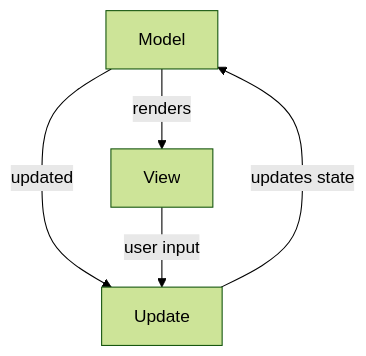
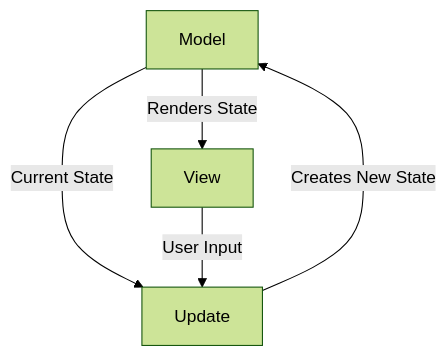
Before and after one commit to zanetti33/PPS-24-ToSAB: the first of 2 diagrams in docs/report/04-architectural-design.md, drawn with Mermaid (forest theme). The commit also changed other lines of this file and 5 other files, not shown here.

````diff
--- a/docs/report/04-architectural-design.md
+++ b/docs/report/04-architectural-design.md
@@ -10,11 +10,11 @@
 ```mermaid
 flowchart TD
     M[Model]
     V[View]
     U[Update]
     
-    U -->|updates state| M 
-    M -->|renders| V
-    M -->|updated| U
-    V -->|user input| U
+    U -->|Creates New State| M 
+    M -->|Renders State| V
+    M -->|Current State| U
+    V -->|User Input| U
 ```
````
